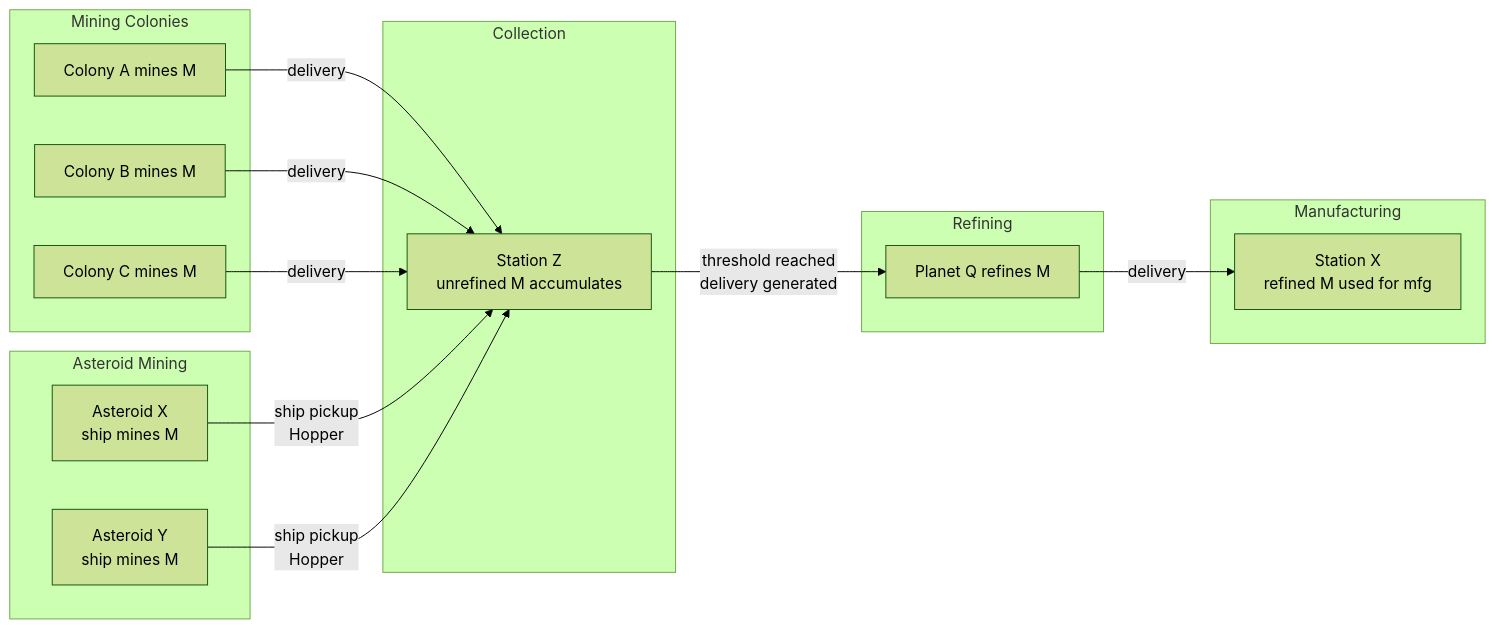
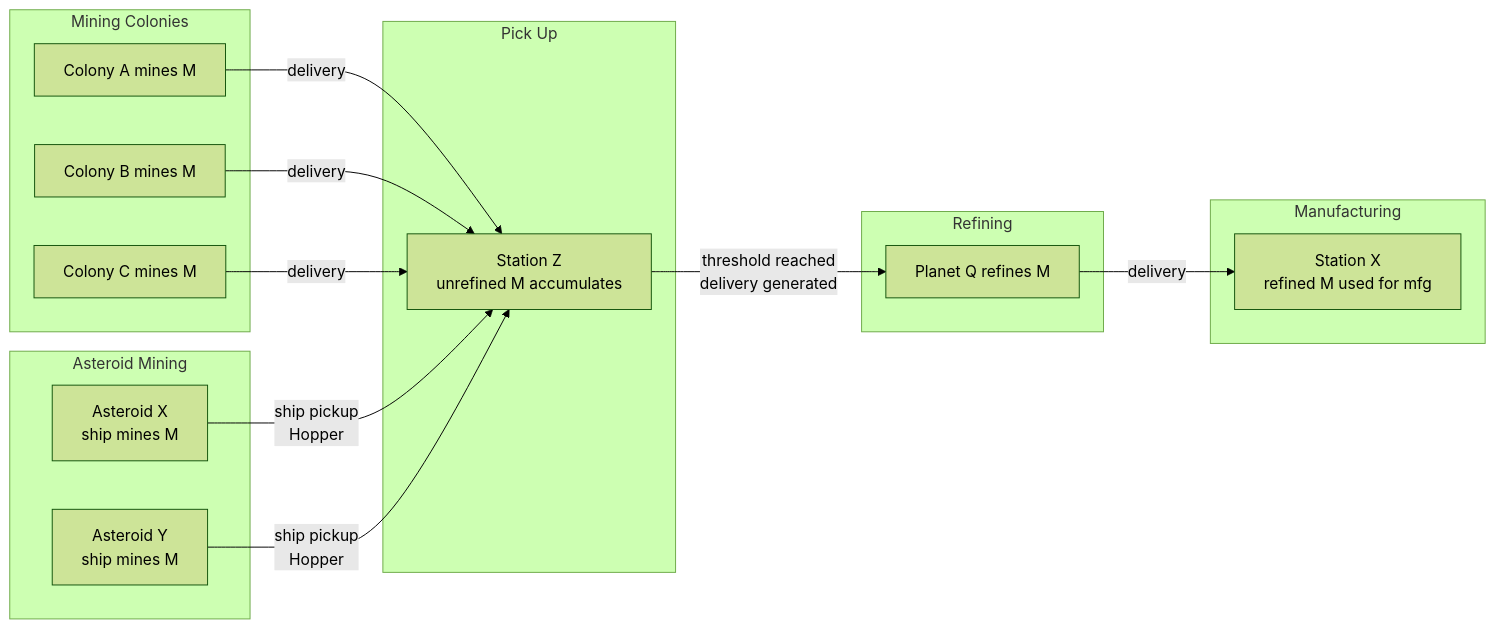
One commit to scalorn/OuterEmpires2EmpireTracker changed the sixth of 20 diagrams in .kiro/specs/empire-systems/design.md. Above: the diagram before and after it, drawn with Mermaid (forest theme). The commit also changed other lines of this file, not shown here.

First line of the commit message:
Rename supply chain Collect stage to PickUp for consistency

````diff
--- a/.kiro/specs/empire-systems/design.md
+++ b/.kiro/specs/empire-systems/design.md
@@ -201,33 +201,33 @@
 ```mermaid
 flowchart LR
     subgraph Mining Colonies
         A1[Colony A mines M]
         A2[Colony B mines M]
         A3[Colony C mines M]
     end
 
     subgraph Asteroid Mining
         AM1[Asteroid X<br/>ship mines M]
         AM2[Asteroid Y<br/>ship mines M]
     end
 
-    subgraph Collection
+    subgraph "Pick Up"
         B1[Station Z<br/>unrefined M accumulates]
     end
 
     subgraph Refining
         C1[Planet Q refines M]
     end
 
     subgraph Manufacturing
         D1[Station X<br/>refined M used for mfg]
     end
 
     A1 -->|delivery| B1
     A2 -->|delivery| B1
     A3 -->|delivery| B1
     AM1 -->|ship pickup<br/>Hopper| B1
     AM2 -->|ship pickup<br/>Hopper| B1
     B1 -->|threshold reached<br/>delivery generated| C1
     C1 -->|delivery| D1
 ```
````
